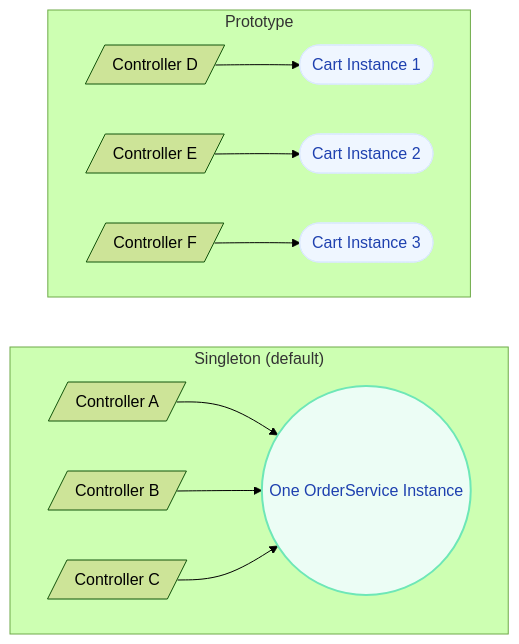
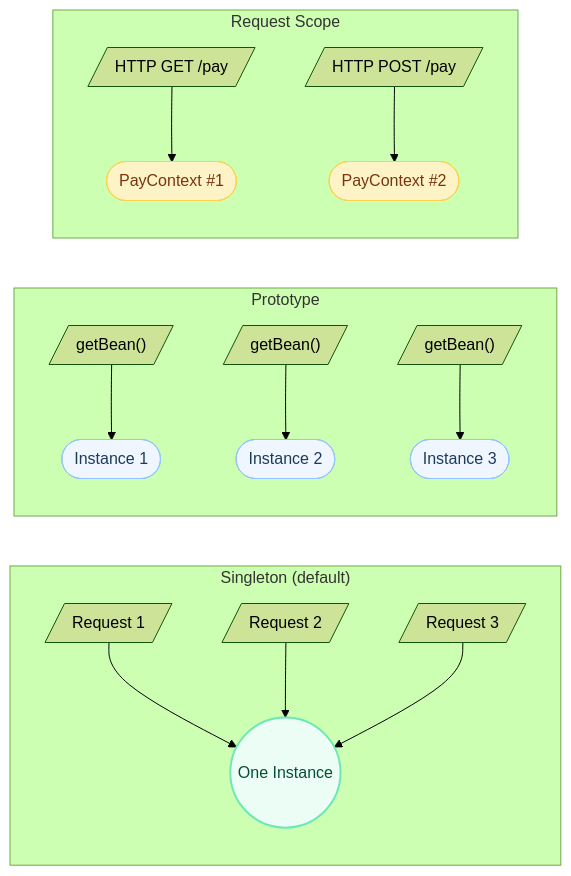
Before and after one commit to saivamsikaruturi/vamsilabs-dev-notes-main: the fourth of 8 diagrams in docs/springboot/bean-lifecycle.md, drawn with Mermaid (forest theme). The commit also changed other lines of this file and 21 other files, not shown here.

````diff
--- a/docs/springboot/bean-lifecycle.md
+++ b/docs/springboot/bean-lifecycle.md
@@ -162,22 +485,30 @@
 ```mermaid
 flowchart LR
     subgraph Singleton["Singleton (default)"]
-        direction LR
-        S(("One OrderService Instance"))
-        A[/"Controller A"/] --> S
-        B[/"Controller B"/] --> S
-        C[/"Controller C"/] --> S
+        direction TB
+        S(("One Instance"))
+        A[/"Request 1"/] --> S
+        B[/"Request 2"/] --> S
+        C[/"Request 3"/] --> S
     end
     
     subgraph Prototype["Prototype"]
-        direction LR
-        D[/"Controller D"/] --> P1(["Cart Instance 1"])
-        E[/"Controller E"/] --> P2(["Cart Instance 2"])
-        F[/"Controller F"/] --> P3(["Cart Instance 3"])
+        direction TB
+        D[/"getBean()"/] --> P1(["Instance 1"])
+        E[/"getBean()"/] --> P2(["Instance 2"])
+        F[/"getBean()"/] --> P3(["Instance 3"])
     end
 
-    style S fill:#ECFDF5,stroke:#6EE7B7,stroke-width:2px,color:#1E40AF
-    style P1 fill:#EFF6FF,stroke:#DBEAFE,color:#1E40AF
-    style P2 fill:#EFF6FF,stroke:#DBEAFE,color:#1E40AF
-    style P3 fill:#EFF6FF,stroke:#DBEAFE,color:#1E40AF
+    subgraph Request["Request Scope"]
+        direction TB
+        G[/"HTTP GET /pay"/] --> R1(["PayContext #1"])
+        H[/"HTTP POST /pay"/] --> R2(["PayContext #2"])
+    end
+
+    style S fill:#ECFDF5,stroke:#6EE7B7,stroke-width:2px,color:#064E3B
+    style P1 fill:#EFF6FF,stroke:#93C5FD,color:#1E3A5A
+    style P2 fill:#EFF6FF,stroke:#93C5FD,color:#1E3A5A
+    style P3 fill:#EFF6FF,stroke:#93C5FD,color:#1E3A5A
+    style R1 fill:#FEF3C7,stroke:#FCD34D,color:#78350F
+    style R2 fill:#FEF3C7,stroke:#FCD34D,color:#78350F
 ```
````
